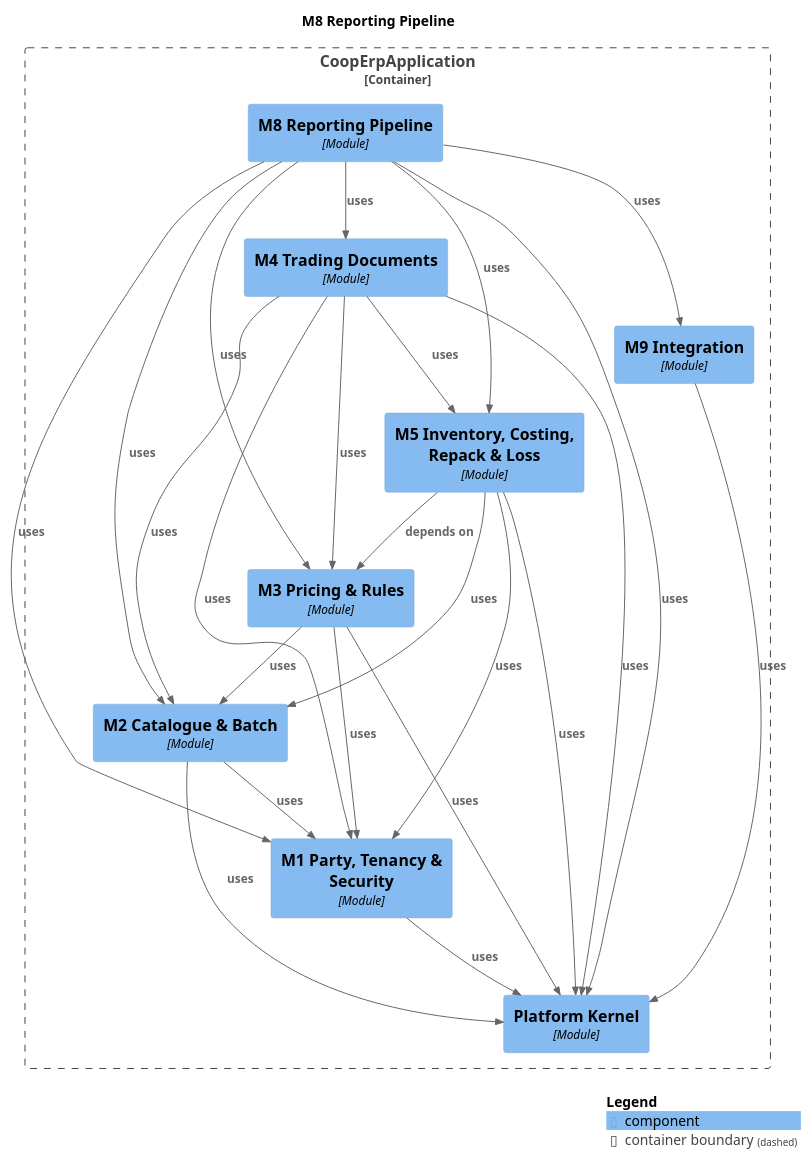
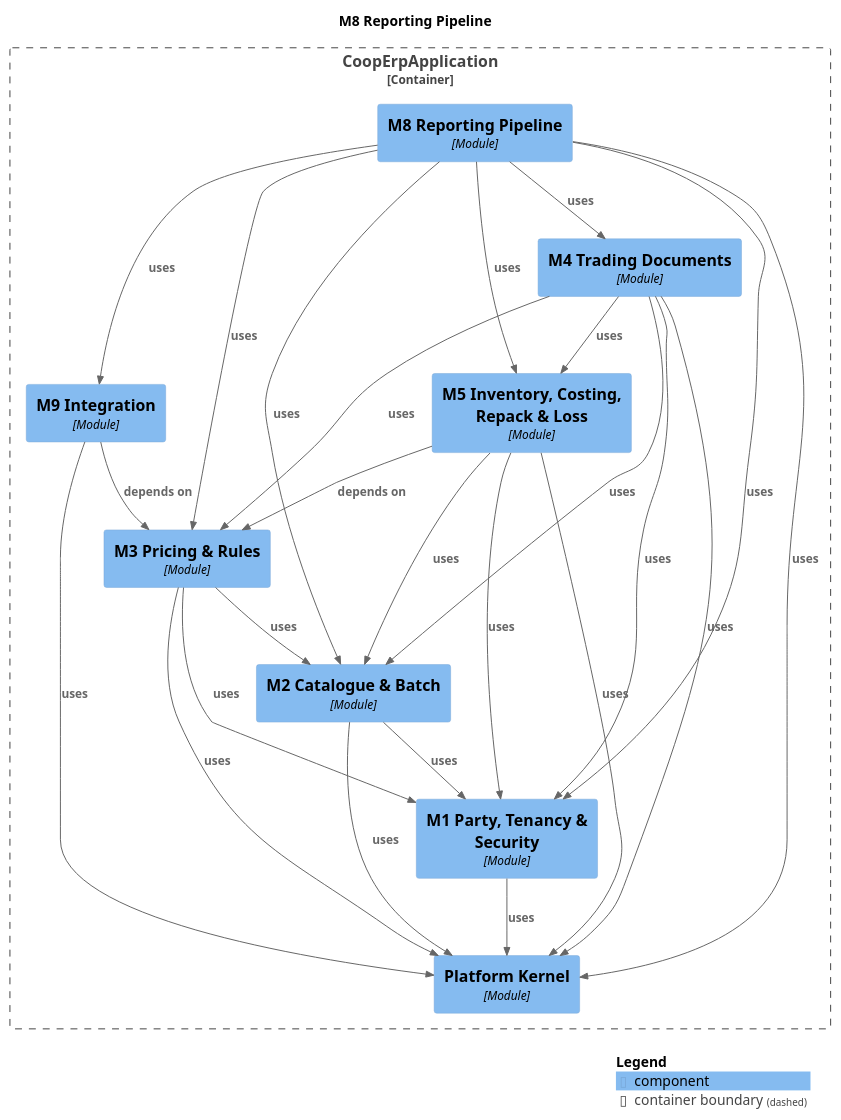
The diagram in docs/modules/module-m8reporting.puml (Knoweb/COOP_ERP), drawn with PlantUML before and after one commit. The commit also changed 48 other files, not shown here.

```diff
--- a/docs/modules/module-m8reporting.puml
+++ b/docs/modules/module-m8reporting.puml
@@ -1,47 +1,48 @@
 @startuml
 set separator none
 title M8 Reporting Pipeline
 
 top to bottom direction
 
 !include <C4/C4>
 !include <C4/C4_Context>
 !include <C4/C4_Component>
 
 Container_Boundary("CoopErpApplication.CoopErpApplication_boundary", "CoopErpApplication", $tags="") {
-  Component(CoopErpApplication.CoopErpApplication.M3PricingRules, "M3 Pricing & Rules", $techn="Module", $descr="", $tags="", $link="")
   Component(CoopErpApplication.CoopErpApplication.M5InventoryCostingRepackLoss, "M5 Inventory, Costing, Repack & Loss", $techn="Module", $descr="", $tags="", $link="")
+  Component(CoopErpApplication.CoopErpApplication.M9Integration, "M9 Integration", $techn="Module", $descr="", $tags="", $link="")
   Component(CoopErpApplication.CoopErpApplication.M4TradingDocuments, "M4 Trading Documents", $techn="Module", $descr="", $tags="", $link="")
   Component(CoopErpApplication.CoopErpApplication.M8ReportingPipeline, "M8 Reporting Pipeline", $techn="Module", $descr="", $tags="", $link="")
   Component(CoopErpApplication.CoopErpApplication.PlatformKernel, "Platform Kernel", $techn="Module", $descr="", $tags="", $link="")
   Component(CoopErpApplication.CoopErpApplication.M1PartyTenancySecurity, "M1 Party, Tenancy & Security", $techn="Module", $descr="", $tags="", $link="")
-  Component(CoopErpApplication.CoopErpApplication.M9Integration, "M9 Integration", $techn="Module", $descr="", $tags="", $link="")
   Component(CoopErpApplication.CoopErpApplication.M2CatalogueBatch, "M2 Catalogue & Batch", $techn="Module", $descr="", $tags="", $link="")
+  Component(CoopErpApplication.CoopErpApplication.M3PricingRules, "M3 Pricing & Rules", $techn="Module", $descr="", $tags="", $link="")
 }
 
 Rel(CoopErpApplication.CoopErpApplication.M1PartyTenancySecurity, CoopErpApplication.CoopErpApplication.PlatformKernel, "uses", $techn="", $tags="", $link="")
 Rel(CoopErpApplication.CoopErpApplication.M2CatalogueBatch, CoopErpApplication.CoopErpApplication.M1PartyTenancySecurity, "uses", $techn="", $tags="", $link="")
 Rel(CoopErpApplication.CoopErpApplication.M2CatalogueBatch, CoopErpApplication.CoopErpApplication.PlatformKernel, "uses", $techn="", $tags="", $link="")
 Rel(CoopErpApplication.CoopErpApplication.M3PricingRules, CoopErpApplication.CoopErpApplication.M1PartyTenancySecurity, "uses", $techn="", $tags="", $link="")
 Rel(CoopErpApplication.CoopErpApplication.M3PricingRules, CoopErpApplication.CoopErpApplication.M2CatalogueBatch, "uses", $techn="", $tags="", $link="")
 Rel(CoopErpApplication.CoopErpApplication.M3PricingRules, CoopErpApplication.CoopErpApplication.PlatformKernel, "uses", $techn="", $tags="", $link="")
 Rel(CoopErpApplication.CoopErpApplication.M4TradingDocuments, CoopErpApplication.CoopErpApplication.M1PartyTenancySecurity, "uses", $techn="", $tags="", $link="")
 Rel(CoopErpApplication.CoopErpApplication.M4TradingDocuments, CoopErpApplication.CoopErpApplication.M2CatalogueBatch, "uses", $techn="", $tags="", $link="")
 Rel(CoopErpApplication.CoopErpApplication.M4TradingDocuments, CoopErpApplication.CoopErpApplication.M3PricingRules, "uses", $techn="", $tags="", $link="")
 Rel(CoopErpApplication.CoopErpApplication.M4TradingDocuments, CoopErpApplication.CoopErpApplication.M5InventoryCostingRepackLoss, "uses", $techn="", $tags="", $link="")
 Rel(CoopErpApplication.CoopErpApplication.M4TradingDocuments, CoopErpApplication.CoopErpApplication.PlatformKernel, "uses", $techn="", $tags="", $link="")
 Rel(CoopErpApplication.CoopErpApplication.M5InventoryCostingRepackLoss, CoopErpApplication.CoopErpApplication.M1PartyTenancySecurity, "uses", $techn="", $tags="", $link="")
 Rel(CoopErpApplication.CoopErpApplication.M5InventoryCostingRepackLoss, CoopErpApplication.CoopErpApplication.M2CatalogueBatch, "uses", $techn="", $tags="", $link="")
 Rel(CoopErpApplication.CoopErpApplication.M5InventoryCostingRepackLoss, CoopErpApplication.CoopErpApplication.M3PricingRules, "depends on", $techn="", $tags="", $link="")
 Rel(CoopErpApplication.CoopErpApplication.M5InventoryCostingRepackLoss, CoopErpApplication.CoopErpApplication.PlatformKernel, "uses", $techn="", $tags="", $link="")
 Rel(CoopErpApplication.CoopErpApplication.M8ReportingPipeline, CoopErpApplication.CoopErpApplication.M1PartyTenancySecurity, "uses", $techn="", $tags="", $link="")
 Rel(CoopErpApplication.CoopErpApplication.M8ReportingPipeline, CoopErpApplication.CoopErpApplication.M2CatalogueBatch, "uses", $techn="", $tags="", $link="")
 Rel(CoopErpApplication.CoopErpApplication.M8ReportingPipeline, CoopErpApplication.CoopErpApplication.M3PricingRules, "uses", $techn="", $tags="", $link="")
 Rel(CoopErpApplication.CoopErpApplication.M8ReportingPipeline, CoopErpApplication.CoopErpApplication.M4TradingDocuments, "uses", $techn="", $tags="", $link="")
 Rel(CoopErpApplication.CoopErpApplication.M8ReportingPipeline, CoopErpApplication.CoopErpApplication.M5InventoryCostingRepackLoss, "uses", $techn="", $tags="", $link="")
 Rel(CoopErpApplication.CoopErpApplication.M8ReportingPipeline, CoopErpApplication.CoopErpApplication.M9Integration, "uses", $techn="", $tags="", $link="")
 Rel(CoopErpApplication.CoopErpApplication.M8ReportingPipeline, CoopErpApplication.CoopErpApplication.PlatformKernel, "uses", $techn="", $tags="", $link="")
+Rel(CoopErpApplication.CoopErpApplication.M9Integration, CoopErpApplication.CoopErpApplication.M3PricingRules, "depends on", $techn="", $tags="", $link="")
 Rel(CoopErpApplication.CoopErpApplication.M9Integration, CoopErpApplication.CoopErpApplication.PlatformKernel, "uses", $techn="", $tags="", $link="")
 
 SHOW_LEGEND(true)
 @enduml
```
